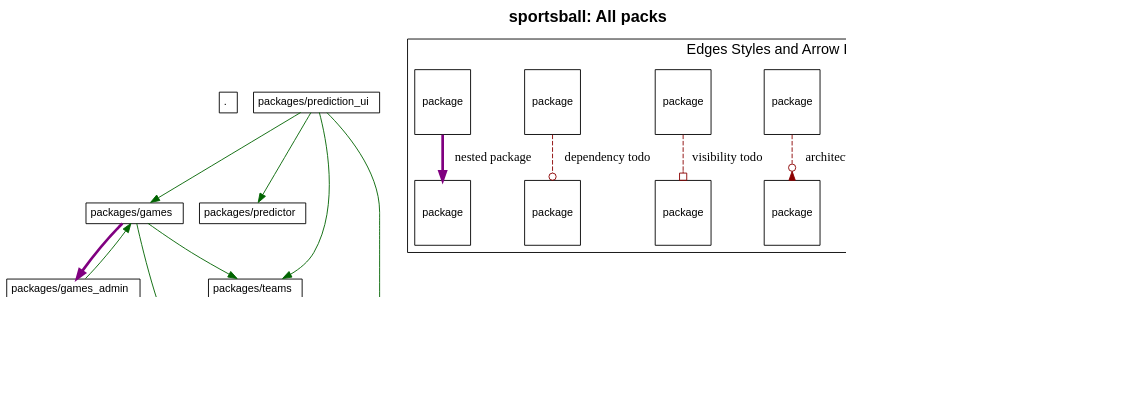
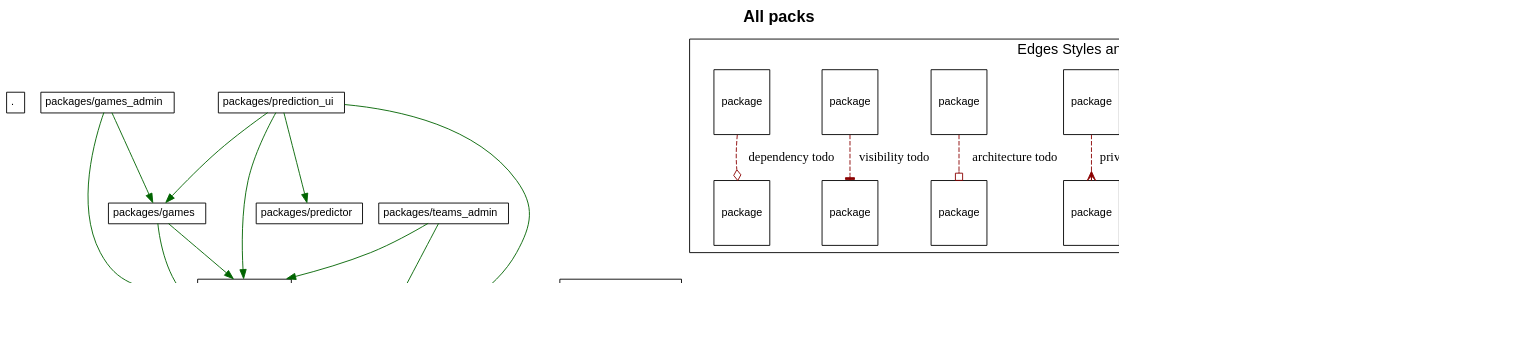
The diagram in c2s06/sportsball/diagrams/all_packs.dot (shageman/package-based-rails-applications-book), drawn with Graphviz before and after one commit. The commit also changed 6963 other files, not shown here.

```diff
--- a/c2s06/sportsball/diagrams/all_packs.dot
+++ b/c2s06/sportsball/diagrams/all_packs.dot
@@ -1,152 +1,156 @@
 digraph package_diagram {
   rankdir=TD
   graph [
     labelloc="t"
     fontname="Helvetica,Arial,sans-serif"
     dpi=100
     layout=dot
-    label=<<b>sportsball: All packs</b>>
+    label=<<b>All packs</b>>
     fontsize=18
   ]
   node [
     fontname="Helvetica,Arial,sans-serif"
     fontsize=26.0
     fontcolor=black
     fillcolor=white
     color=black
     height=1.0
     style=filled
     shape=plain
   ]
     subgraph NotInLayer {
       shape=box
       color=darkgrey
       fillcolor=lightblue
       style=filled
         cluster=false
         "." [
             fontsize=12.0
             label= <
                 <table border='0' cellborder='1' cellspacing='0' cellpadding='4'>
                   <tr> <td align='left'> . </td> </tr>
                 </table>
               >
           ]
         
         "packages/games" [
             fontsize=12.0
             label= <
                 <table border='0' cellborder='1' cellspacing='0' cellpadding='4'>
                   <tr> <td align='left'> packages/games </td> </tr>
                 </table>
               >
           ]
         
         "packages/games_admin" [
             fontsize=12.0
             label= <
                 <table border='0' cellborder='1' cellspacing='0' cellpadding='4'>
                   <tr> <td align='left'> packages/games_admin </td> </tr>
                 </table>
               >
           ]
         
         "packages/prediction_ui" [
             fontsize=12.0
             label= <
                 <table border='0' cellborder='1' cellspacing='0' cellpadding='4'>
                   <tr> <td align='left'> packages/prediction_ui </td> </tr>
                 </table>
               >
           ]
         
         "packages/predictor" [
             fontsize=12.0
             label= <
                 <table border='0' cellborder='1' cellspacing='0' cellpadding='4'>
                   <tr> <td align='left'> packages/predictor </td> </tr>
                 </table>
               >
           ]
         
         "packages/rails_shims" [
             fontsize=12.0
             label= <
                 <table border='0' cellborder='1' cellspacing='0' cellpadding='4'>
                   <tr> <td align='left'> packages/rails_shims </td> </tr>
                 </table>
               >
           ]
         
         "packages/teams" [
             fontsize=12.0
             label= <
                 <table border='0' cellborder='1' cellspacing='0' cellpadding='4'>
                   <tr> <td align='left'> packages/teams </td> </tr>
                 </table>
               >
           ]
         
         "packages/teams_admin" [
             fontsize=12.0
             label= <
                 <table border='0' cellborder='1' cellspacing='0' cellpadding='4'>
                   <tr> <td align='left'> packages/teams_admin </td> </tr>
                 </table>
               >
           ]
         
         "packages/welcome_ui" [
             fontsize=12.0
             label= <
                 <table border='0' cellborder='1' cellspacing='0' cellpadding='4'>
                   <tr> <td align='left'> packages/welcome_ui </td> </tr>
                 </table>
               >
           ]
         
     }
           "packages/games" -> "packages/rails_shims" [ color=darkgreen ]
           "packages/games" -> "packages/teams" [ color=darkgreen ]
           "packages/games_admin" -> "packages/games" [ color=darkgreen ]
           "packages/games_admin" -> "packages/rails_shims" [ color=darkgreen ]
           "packages/prediction_ui" -> "packages/games" [ color=darkgreen ]
           "packages/prediction_ui" -> "packages/predictor" [ color=darkgreen ]
           "packages/prediction_ui" -> "packages/rails_shims" [ color=darkgreen ]
           "packages/prediction_ui" -> "packages/teams" [ color=darkgreen ]
           "packages/teams" -> "packages/rails_shims" [ color=darkgreen ]
           "packages/teams_admin" -> "packages/rails_shims" [ color=darkgreen ]
           "packages/teams_admin" -> "packages/teams" [ color=darkgreen ]
           "packages/welcome_ui" -> "packages/rails_shims" [ color=darkgreen ]
-        "packages/games" -> "packages/games_admin" [ color=purple penwidth=3 ]
-        "packages/teams" -> "packages/teams_admin" [ color=purple penwidth=3 ]
-  subgraph cluster_legend {
-    fontsize=16
-    label="Edges Styles and Arrow Heads"
-    A [ fontsize=12 shape=box label="package"]
-    B [ fontsize=12 shape=box label="package"]
-    C [ fontsize=12 shape=box label="package"]
-    D [ fontsize=12 shape=box label="package"]
-    E [ fontsize=12 shape=box label="package"]
-    F [ fontsize=12 shape=box label="package"]
-    G [ fontsize=12 shape=box label="package"]
-    H [ fontsize=12 shape=box label="package"]
-    I [ fontsize=12 shape=box label="package"]
-    J [ fontsize=12 shape=box label="package"]
-    K [ fontsize=12 shape=box label="package"]
-    L [ fontsize=12 shape=box label="package"]
-    A -> B [label="accepted dependency" color=darkgreen]
-    C -> D [label="privac todo" color=darkred style=dashed arrowhead=crow]
-    E -> F [label="architecture todo" color=darkred style=dashed arrowhead=invodot]
-    G -> H [label="visibility todo" color=darkred style=dashed arrowhead=obox]
-    I -> J [label="dependency todo" color=darkred style=dashed arrowhead=odot]
-    K -> L [label="nested package" color=purple penwidth=3]
-  }
+    subgraph cluster_legend {
+      fontsize=16
+      label="Edges Styles and Arrow Heads"
+      A [ fontsize=12 shape=box label="package"]
+      B [ fontsize=12 shape=box label="package"]
+      A -> B [label="accepted dependency" color=darkgreen]
+      K [ fontsize=12 shape=box label="package"]
+      L [ fontsize=12 shape=box label="package"]
+      K -> L [label="nested package" color=purple]
+      M [ fontsize=12 shape=box label="package"]
+      N [ fontsize=12 shape=box label="package"]
+      M -> N [label="visibile to" color=blue]
+      C [ fontsize=12 shape=box label="package"]
+      D [ fontsize=12 shape=box label="package"]
+      C -> D [label="privacy todo" color=darkred style=dashed arrowhead=crow]
+      E [ fontsize=12 shape=box label="package"]
+      F [ fontsize=12 shape=box label="package"]
+      E -> F [label="architecture todo" color=darkred style=dashed arrowhead=obox]
+      G [ fontsize=12 shape=box label="package"]
+      H [ fontsize=12 shape=box label="package"]
+      G -> H [label="visibility todo" color=darkred style=dashed arrowhead=tee]
+      I [ fontsize=12 shape=box label="package"]
+      J [ fontsize=12 shape=box label="package"]
+      I -> J [label="dependency todo" color=darkred style=dashed arrowhead=odiamond]
+      LEGEND_NODE_1 [ label="" peripheries=0 height=0 width=0 style=invis ]
+      LEGEND_NODE_2 [ label="" peripheries=0 height=0 width=0 style=invis ]
+      LEGEND_NODE_1 -> LEGEND_NODE_2 [ style=invis ]
+    }
   subgraph cluster_teams_legend {
     fontsize=16
     label="Team Colors"
 
 
   }
-  J -> "" [style=invis]
+    LEGEND_NODE_2 -> "" [style=invis]
 }
```
